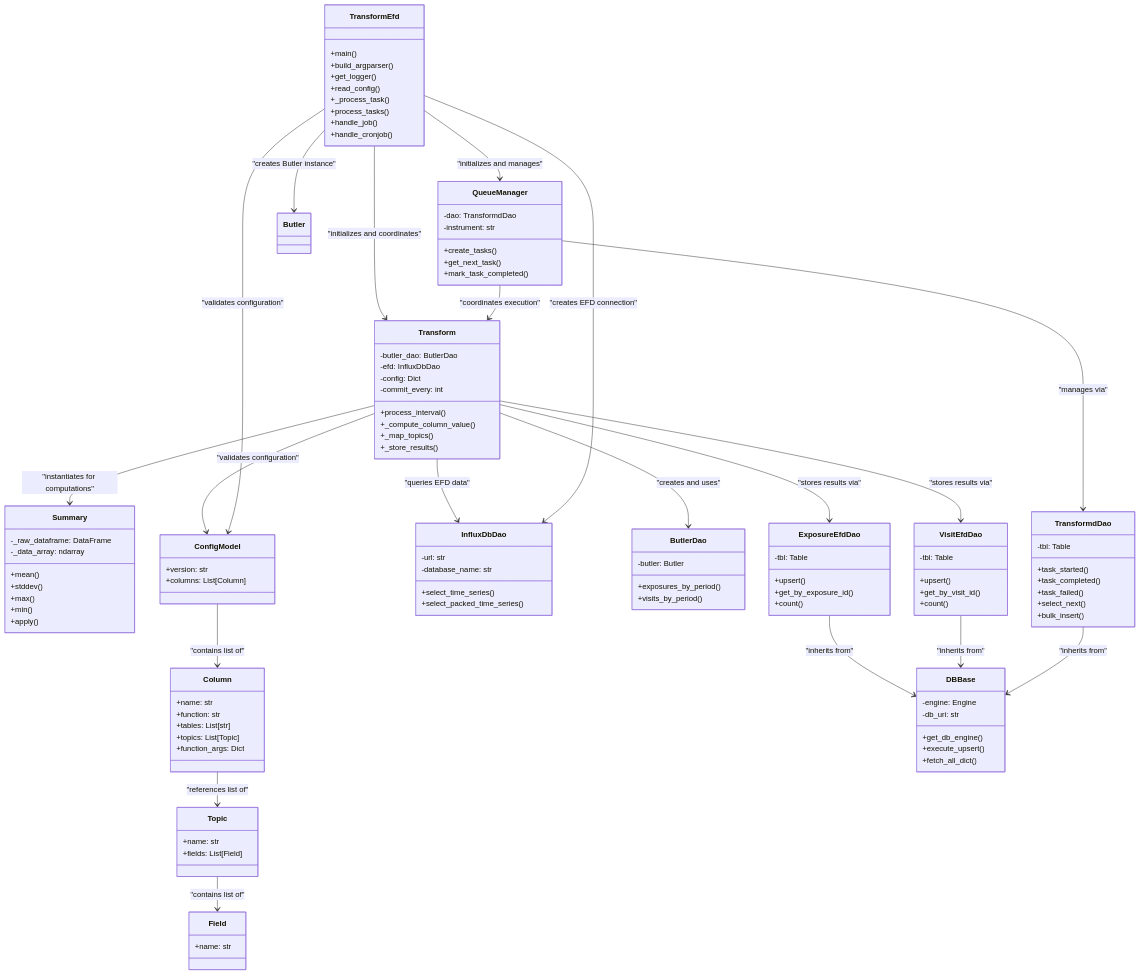
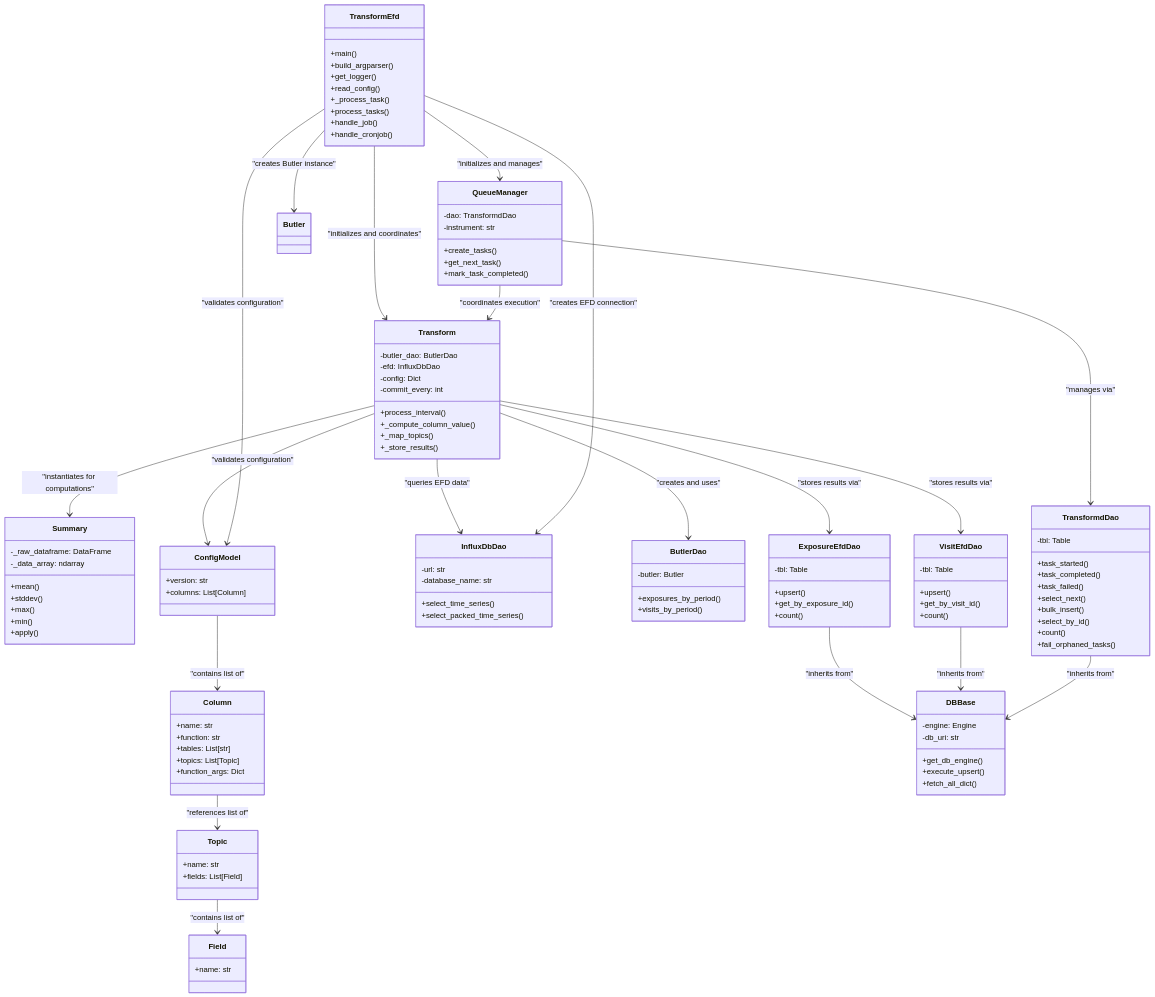
One commit to lsst-dm/consdb changed the second of 3 diagrams in doc/developer-guide/transformed-efd.rst. Above: the diagram before and after it, drawn with Mermaid. The commit also changed other lines of this file and 1 other file, not shown here.

```diff
--- a/doc/developer-guide/transformed-efd.rst
+++ b/doc/developer-guide/transformed-efd.rst
@@ -465,6 +556,9 @@
           +task_failed()
           +select_next()
           +bulk_insert()
+          +select_by_id()
+          +count()
+          +fail_orphaned_tasks()
       }
 
       class QueueManager {
```
